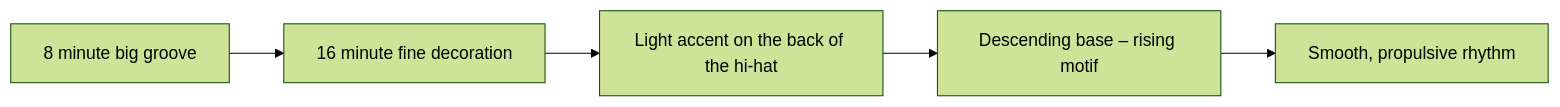
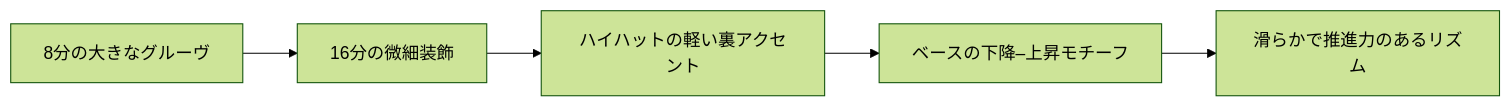
The fourth of 5 diagrams in en/_posts/2025-11-19-column-orchestre-veve.md (monumental-movement/monumental-movement.github.io), drawn with Mermaid (forest theme) before and after one commit. The commit also changed other lines of this file and 2196 other files, not shown here.

```diff
--- a/en/_posts/2025-11-19-column-orchestre-veve.md
+++ b/en/_posts/2025-11-19-column-orchestre-veve.md
@@ -270,9 +269,9 @@
 <div class="mermaid">
 
 flowchart LR
-    A[8 minute big groove] --> B[16 minute fine decoration]
-    B --> C[Light accent on the back of the hi-hat]
-    C --> D[Descending base – rising motif]
-    D --> E[Smooth, propulsive rhythm]
+    A[8分の大きなグルーヴ] --> B[16分の微細装飾]
+    B --> C[ハイハットの軽い裏アクセント]
+    C --> D[ベースの下降–上昇モチーフ]
+    D --> E[滑らかで推進力のあるリズム]
 
 </div>
```
